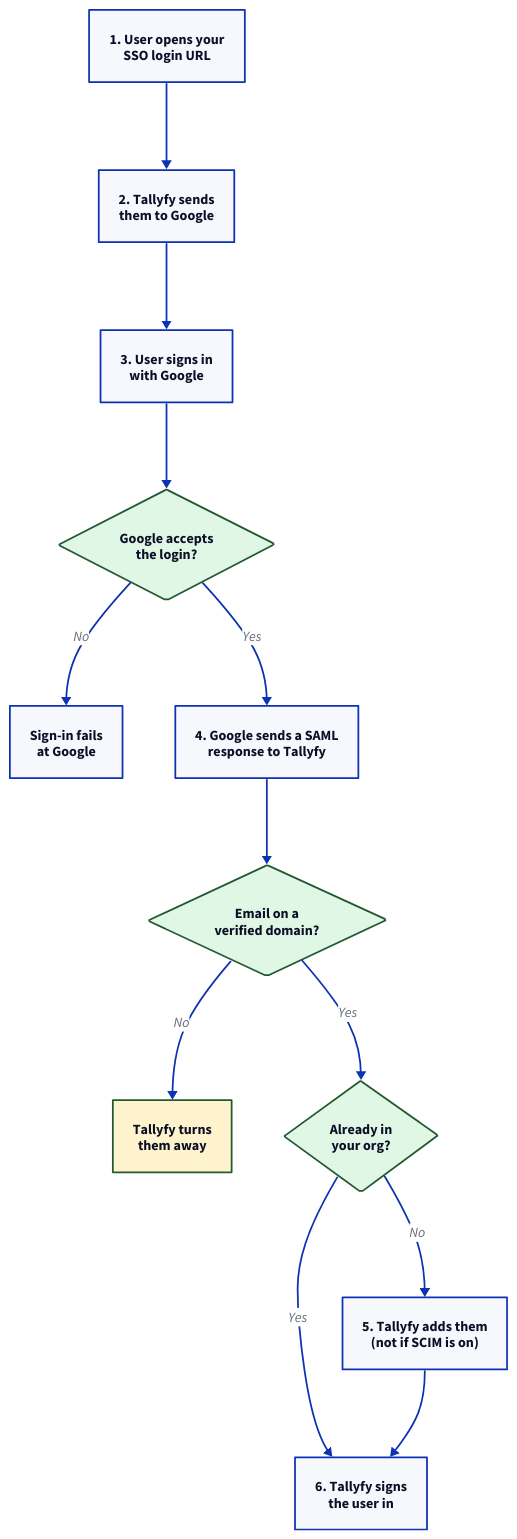
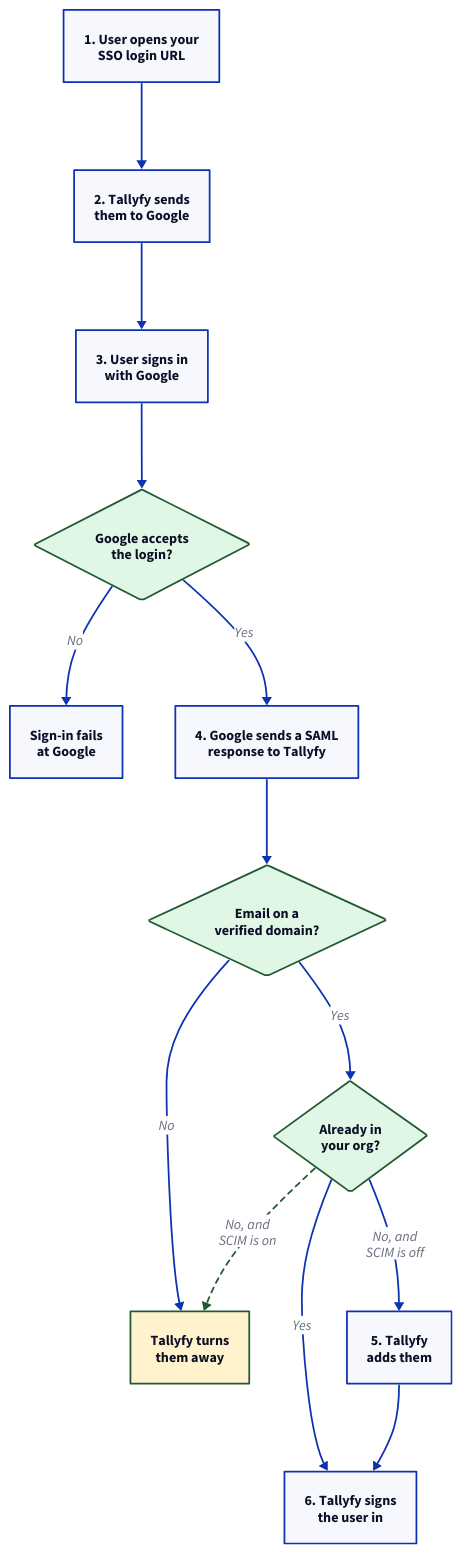
One commit to tallyfy/documentation changed the diagram in src/content/docs/pro/integrations/authentication/how-to-integrate-google-suite-samlsso-with-tallyfy.mdx. Above: the diagram before and after it, drawn with D2. The commit also changed other lines of this file and 4 other files, not shown here.

````diff
--- a/src/content/docs/pro/integrations/authentication/how-to-integrate-google-suite-samlsso-with-tallyfy.mdx
+++ b/src/content/docs/pro/integrations/authentication/how-to-integrate-google-suite-samlsso-with-tallyfy.mdx
@@ -135,41 +135,45 @@
 ```d2
 # Google Workspace SSO sign-in flow
 direction: down
 
 Open: "1. User opens your\nSSO login URL"
 Redirect: "2. Tallyfy sends\nthem to Google"
 Login: "3. User signs in\nwith Google"
 OK: "Google accepts\nthe login?" {
   shape: diamond
   style.fill: "#e1f7e6"
   style.stroke: "#225930"
 }
 Fail: "Sign-in fails\nat Google"
 Back: "4. Google sends a SAML\nresponse to Tallyfy"
 Domain: "Email on a\nverified domain?" {
   shape: diamond
   style.fill: "#e1f7e6"
   style.stroke: "#225930"
 }
 Away: "Tallyfy turns\nthem away" {
   style.fill: "#fff3cd"
   style.stroke: "#225930"
 }
 Exists: "Already in\nyour org?" {
   shape: diamond
   style.fill: "#e1f7e6"
   style.stroke: "#225930"
 }
-Create: "5. Tallyfy adds them\n(not if SCIM is on)"
+Create: "5. Tallyfy\nadds them"
 SignIn: "6. Tallyfy signs\nthe user in"
 
 Open -> Redirect -> Login -> OK
 OK -> Fail: No
 OK -> Back: Yes
 Back -> Domain
 Domain -> Away: No
 Domain -> Exists: Yes
-Exists -> Create: No
+Exists -> Create: "No, and\nSCIM is off"
+Exists -> Away: "No, and\nSCIM is on" {
+  style.stroke: "#225930"
+  style.stroke-dash: 3
+}
 Exists -> SignIn: Yes
 Create -> SignIn
 ```
````
